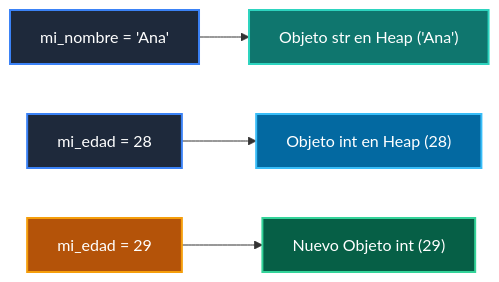
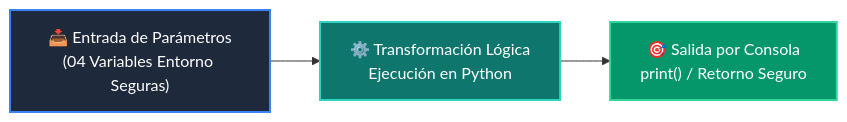
Before and after one commit to wisrovi/wisrovi-python: the diagram in 04-proyecto-final/clase-05-integracion-agente-ia/ejemplos/ejemplo_04_variables_entorno_seguras/README.md, drawn with Mermaid. The commit also changed other lines of this file and 226 other files, not shown here.

Commit message:
docs: elevate all repository READMEs to world-class mastery standard with rich pedagogical architecture, custom Mermaids, and professional styling

````diff
--- a/04-proyecto-final/clase-05-integracion-agente-ia/ejemplos/ejemplo_04_variables_entorno_seguras/README.md
+++ b/04-proyecto-final/clase-05-integracion-agente-ia/ejemplos/ejemplo_04_variables_entorno_seguras/README.md
@@ -12,13 +19,9 @@
 ```mermaid
 flowchart LR
-    NAME["mi_nombre = 'Ana'"] --> OBJ1["Objeto str en Heap ('Ana')"]
-    AGE["mi_edad = 28"] --> OBJ2["Objeto int en Heap (28)"]
-    REASIGN["mi_edad = 29"] --> OBJ3["Nuevo Objeto int (29)"]
+    A["📥 Entrada de Parámetros<br/>(04 Variables Entorno Seguras)"] --> B["⚙️ Transformación Lógica<br/>Ejecución en Python"]
+    B --> C["🎯 Salida por Consola<br/>print() / Retorno Seguro"]
 
-    style NAME fill:#1e293b,color:#fff,stroke:#3b82f6,stroke-width:2px
-    style OBJ1 fill:#0f766e,color:#fff,stroke:#2dd4bf,stroke-width:2px
-    style AGE fill:#1e293b,color:#fff,stroke:#3b82f6,stroke-width:2px
-    style OBJ2 fill:#0369a1,color:#fff,stroke:#38bdf8,stroke-width:2px
-    style REASIGN fill:#b45309,color:#fff,stroke:#f59e0b,stroke-width:2px
-    style OBJ3 fill:#065f46,color:#fff,stroke:#34d399,stroke-width:2px
+    style A fill:#1e293b,color:#ffffff,stroke:#3b82f6,stroke-width:2px
+    style B fill:#0f766e,color:#ffffff,stroke:#2dd4bf,stroke-width:2px
+    style C fill:#059669,color:#ffffff,stroke:#34d399,stroke-width:2px
 ```
````
